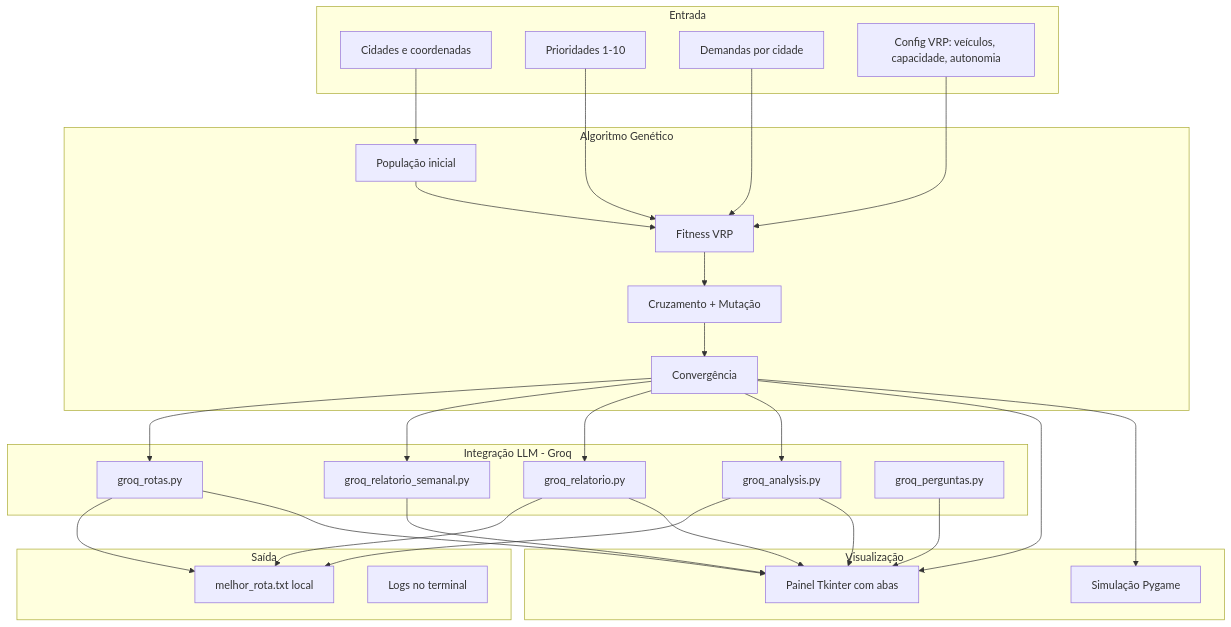
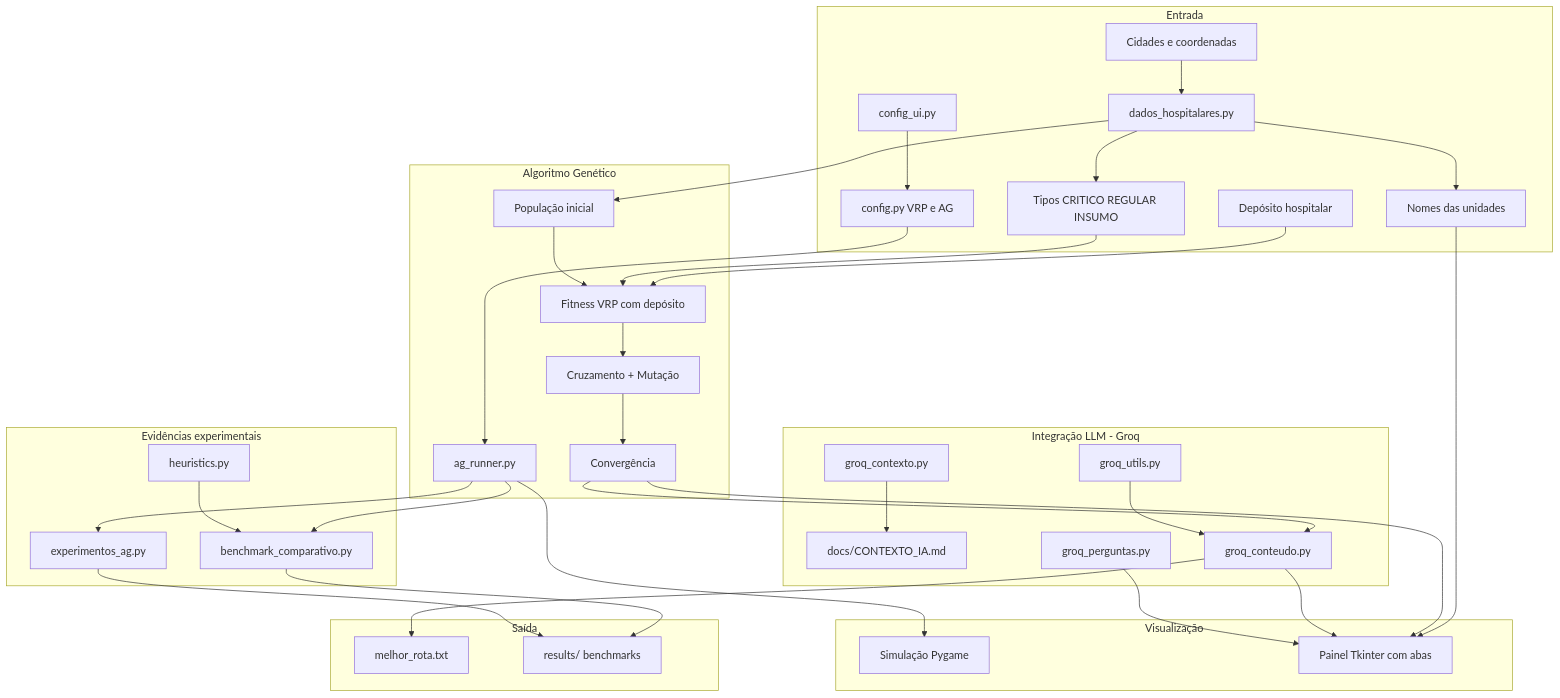
One commit to EdreiM/PosTechFIAP-Fase2 changed the diagram in docs/ARQUITETURA.md. Above: the diagram before and after it, drawn with Mermaid. The commit also changed other lines of this file and 40 other files, not shown here.

````diff
--- a/docs/ARQUITETURA.md
+++ b/docs/ARQUITETURA.md
@@ -9,54 +11,66 @@
 ```mermaid
 flowchart TB
     subgraph entrada [Entrada]
+        ConfigUI[config_ui.py]
         Cidades[Cidades e coordenadas]
-        Prioridades[Prioridades 1-10]
-        Demandas[Demandas por cidade]
-        Config[Config VRP: veículos, capacidade, autonomia]
+        DadosH[dados_hospitalares.py]
+        Nomes[Nomes das unidades]
+        Tipos[Tipos CRITICO REGULAR INSUMO]
+        Deposito[Depósito hospitalar]
+        Config[config.py VRP e AG]
     end
 
     subgraph ag [Algoritmo Genético]
+        Runner[ag_runner.py]
         Pop[População inicial]
-        Fitness[Fitness VRP]
+        Fitness[Fitness VRP com depósito]
         Sel[Cruzamento + Mutação]
         Conv[Convergência]
+    end
+
+    subgraph bench [Evidências experimentais]
+        Comp[benchmark_comparativo.py]
+        Exp[experimentos_ag.py]
+        Heur[heuristics.py]
     end
 
     subgraph visual [Visualização]
         Pygame[Simulação Pygame]
         Dash[Painel Tkinter com abas]
     end
 
     subgraph llm [Integração LLM - Groq]
-        Analise[groq_analysis.py]
-        Relatorio[groq_relatorio.py]
-        RelatorioSem[groq_relatorio_semanal.py]
-        Instrucoes[groq_rotas.py]
+        Contexto[docs/CONTEXTO_IA.md]
+        Utils[groq_utils.py]
+        Conteudo[groq_conteudo.py]
         Chat[groq_perguntas.py]
+        ContextoPy[groq_contexto.py]
     end
 
     subgraph saida [Saída]
-        Arquivo[melhor_rota.txt local]
-        Terminal[Logs no terminal]
+        Arquivo[melhor_rota.txt]
+        Results[results/ benchmarks]
     end
 
-    Cidades --> Pop
-    Prioridades --> Fitness
-    Demandas --> Fitness
-    Config --> Fitness
+    ConfigUI --> Config
+    Cidades --> DadosH
+    DadosH --> Nomes & Tipos
+    Deposito --> Fitness
+    Nomes --> Dash
+    Tipos --> Fitness
+    Config --> Runner
+    DadosH --> Pop
     Pop --> Fitness --> Sel --> Conv
-    Conv --> Pygame
+    Runner --> Pygame
+    Runner --> Comp & Exp
+    Heur --> Comp
     Conv --> Dash
-    Conv --> Analise
-    Conv --> Relatorio
-    Conv --> RelatorioSem
-    Conv --> Instrucoes
-    Analise --> Dash
-    Relatorio --> Dash
-    RelatorioSem --> Dash
-    Instrucoes --> Dash
+    Conv --> Conteudo
+    ContextoPy --> Contexto
+    Utils --> Conteudo
+    Conteudo --> Dash
     Chat --> Dash
-    Relatorio --> Arquivo
-    Analise --> Arquivo
-    Instrucoes --> Arquivo
+    Comp --> Results
+    Exp --> Results
+    Conteudo --> Arquivo
 ```
````
